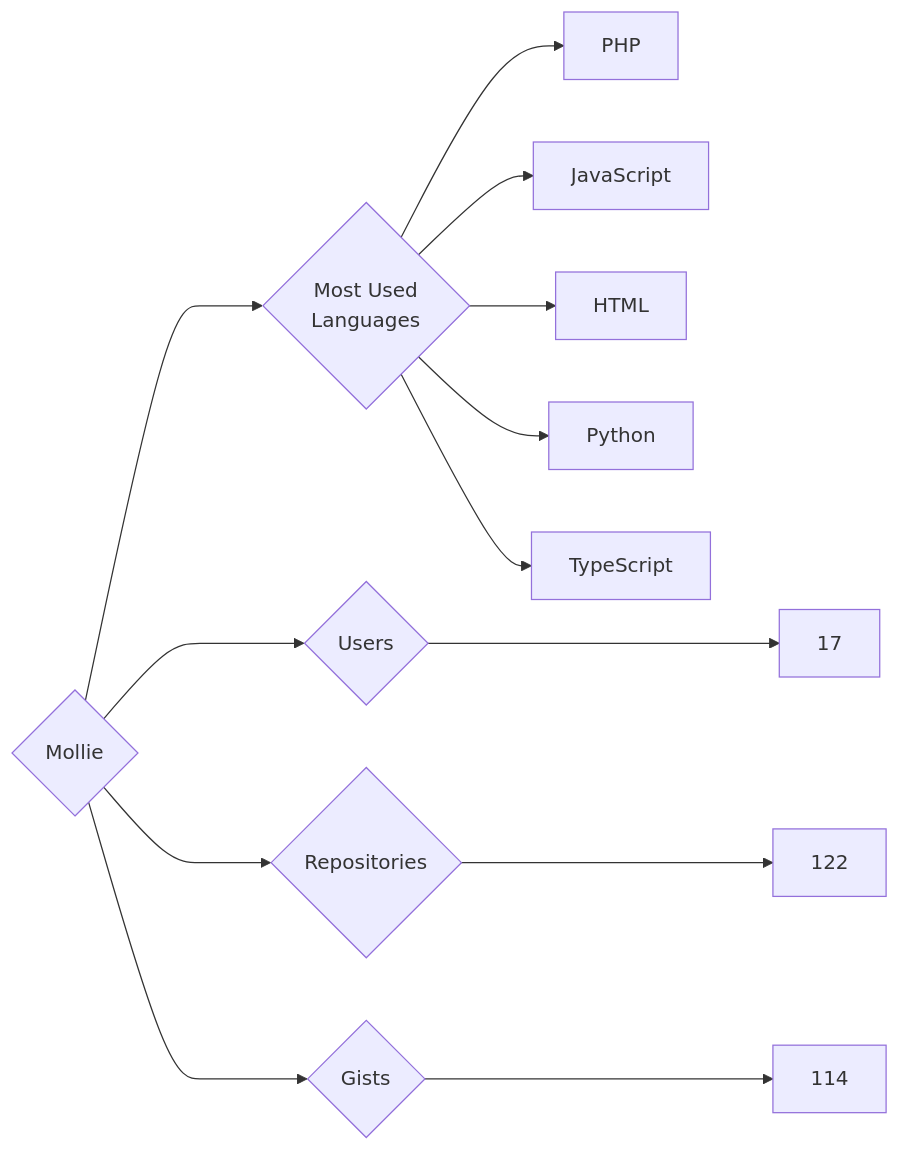
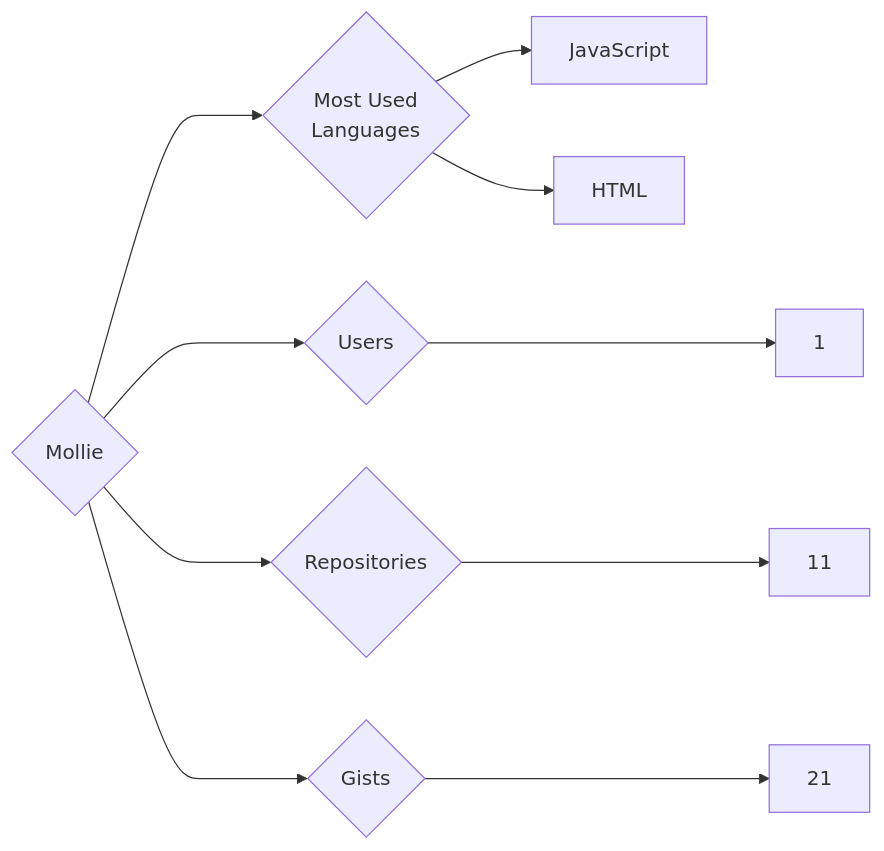
Before and after one commit to trickest/insiders: the diagram in targets/Mollie/README.md, drawn with Mermaid. The commit also changed 597 other files, not shown here.

````diff
--- a/targets/Mollie/README.md
+++ b/targets/Mollie/README.md
@@ -3,13 +3,10 @@
 ```mermaid
 graph LR
 COMPANY_NAME{Mollie}
-COMPANY_NAME ---> U{Users} ---> UN[17]
-COMPANY_NAME ---> R{Repositories} ---> RN[122]
-COMPANY_NAME ---> G{Gists} ---> GN[114]
+COMPANY_NAME ---> U{Users} ---> UN[1]
+COMPANY_NAME ---> R{Repositories} ---> RN[11]
+COMPANY_NAME ---> G{Gists} ---> GN[21]
 COMPANY_NAME ---> ML{Most Used<br>Languages}
-ML --> PHP[PHP]
 ML --> JavaScript[JavaScript]
 ML --> HTML[HTML]
-ML --> Python[Python]
-ML --> TypeScript[TypeScript]
 ```
````
